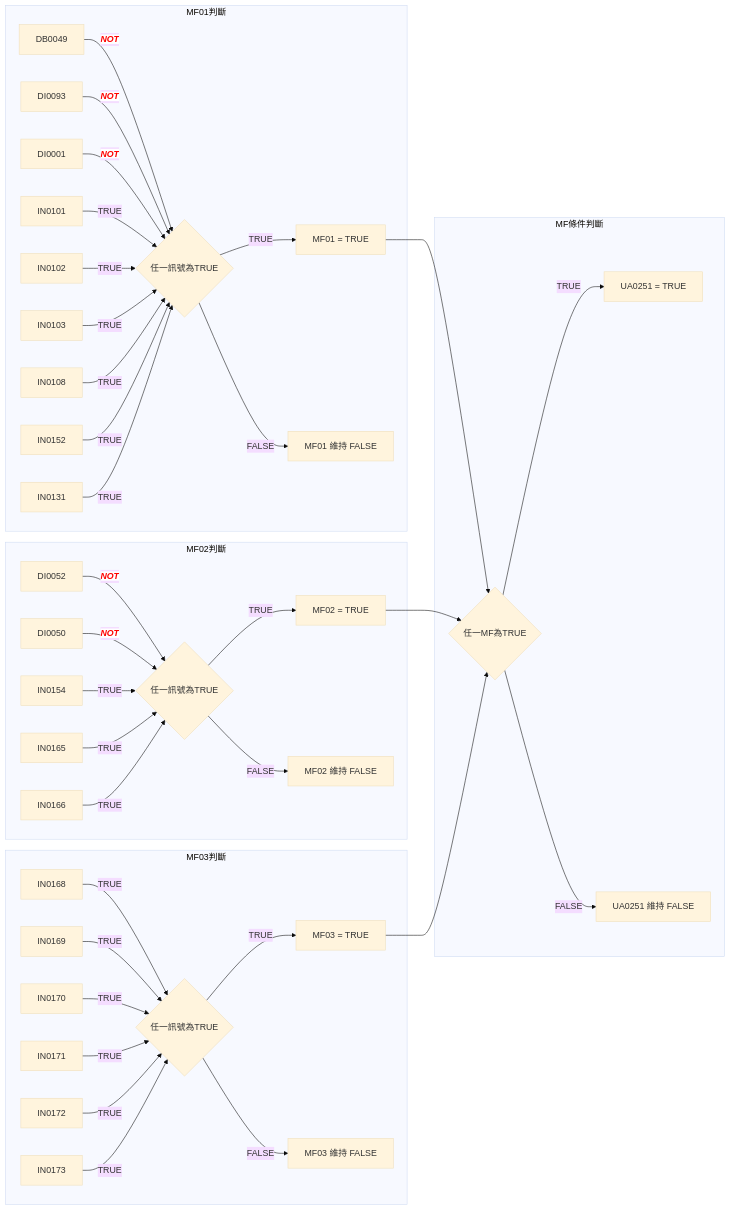
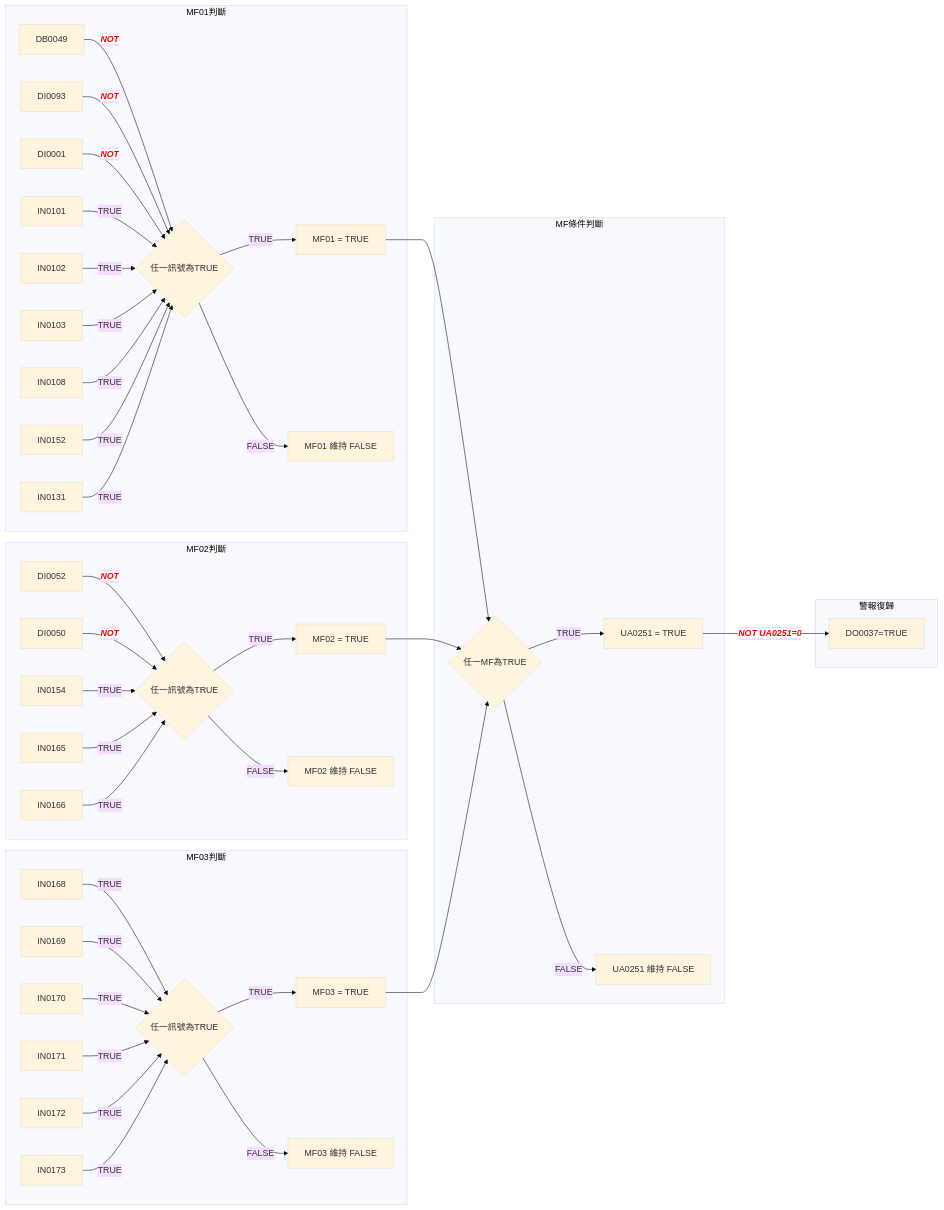
The diagram in docs/DCS/Hitachi/Control-logic-mermaid.md (HachiTsai/DCS-learning), drawn with Mermaid (base theme) before and after one commit. The commit also changed other lines of this file, not shown here.

````diff
--- a/docs/DCS/Hitachi/Control-logic-mermaid.md
+++ b/docs/DCS/Hitachi/Control-logic-mermaid.md
@@ -3,45 +3,49 @@
 ```mermaid
 flowchart LR
     subgraph MF01判斷
         A1[DB0049] -->|"<font color='red' style='background-color:white;font-style:italic; font-weight:bold'>NOT</font>"| C1{任一訊號為TRUE}
         B1[DI0093] -->|"<font color='red' style='background-color:white;font-style:italic; font-weight:bold'>NOT</font>"| C1
         D1[DI0001] -->|"<font color='red' style='background-color:white;font-style:italic; font-weight:bold'>NOT</font>"| C1
         G1[IN0101] -->|TRUE| C1
         H1[IN0102] -->|TRUE| C1
         I1[IN0103] -->|TRUE| C1
         L1[IN0108] -->|TRUE| C1
         J1[IN0152] -->|TRUE| C1
         K1[IN0131] -->|TRUE| C1
         C1{任一訊號為TRUE} -->|TRUE| E1[MF01 = TRUE]
         C1 -->|FALSE| F1[MF01 維持 FALSE]
     end
 
     subgraph MF02判斷
         A2[DI0052] -->|"<font color='red' style='background-color:white;font-style:italic; font-weight:bold'>NOT</font>"| C2
         B2[DI0050] -->|"<font color='red' style='background-color:white;font-style:italic; font-weight:bold'>NOT</font>"| C2
         G2[IN0154] -->|TRUE| C2
         H2[IN0165] -->|TRUE| C2
         I2[IN0166] -->|TRUE| C2
         C2{任一訊號為TRUE} -->|TRUE| E2[MF02 = TRUE]
         C2 -->|FALSE| F2[MF02 維持 FALSE]
     end
 
     subgraph MF03判斷
         A3[IN0168] -->|TRUE| C3
         B3[IN0169] -->|TRUE| C3
         D3[IN0170] -->|TRUE| C3
         G3[IN0171] -->|TRUE| C3
         H3[IN0172] -->|TRUE| C3
         I3[IN0173] -->|TRUE| C3
         C3{任一訊號為TRUE} -->|TRUE| E3[MF03 = TRUE]
         C3 -->|FALSE| F3[MF03 維持 FALSE]
     end
 
     subgraph MF條件判斷
         E1 --> C4{任一MF為TRUE}
         E2 --> C4
         E3 --> C4
         C4 -->|TRUE| K4[UA0251 = TRUE]
         C4 -->|FALSE| K5[UA0251 維持 FALSE]
     end
+
+    subgraph 警報復歸
+        K4 -->|"<font color='red' style='background-color:white;font-style:italic; font-weight:bold'>NOT UA0251=0</font>"| B4[DO0037=TRUE]
+    end
 ```
````
